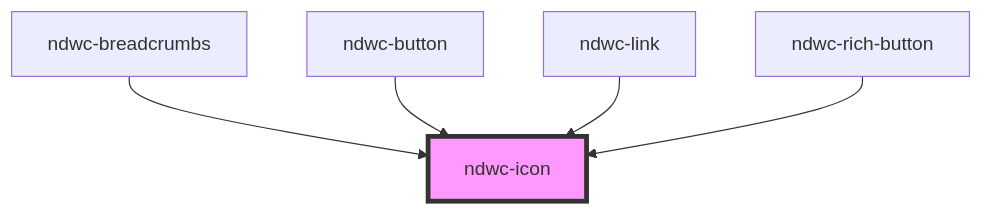
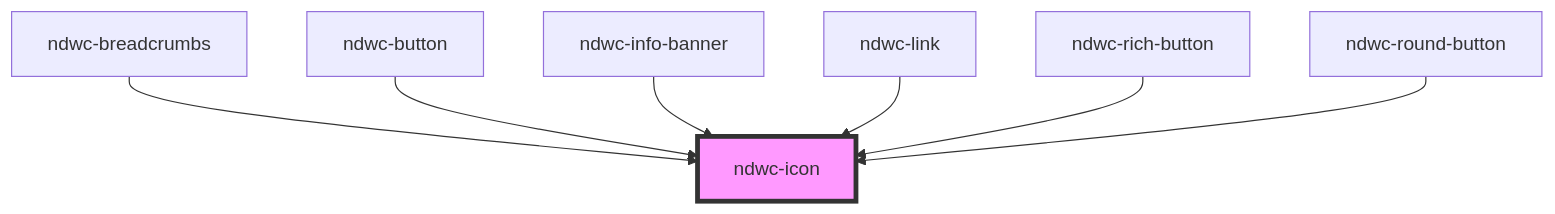
The diagram in src/components/icon/readme.md (wes337/ndw-components), drawn with Mermaid before and after one commit. The commit also changed other lines of this file and 21 other files, not shown here.

Commit message:
info banner, round button

````diff
--- a/src/components/icon/readme.md
+++ b/src/components/icon/readme.md
@@ -25,8 +27,10 @@
 ```mermaid
 graph TD;
   ndwc-breadcrumbs --> ndwc-icon
   ndwc-button --> ndwc-icon
+  ndwc-info-banner --> ndwc-icon
   ndwc-link --> ndwc-icon
   ndwc-rich-button --> ndwc-icon
+  ndwc-round-button --> ndwc-icon
   style ndwc-icon fill:#f9f,stroke:#333,stroke-width:4px
 ```
````
